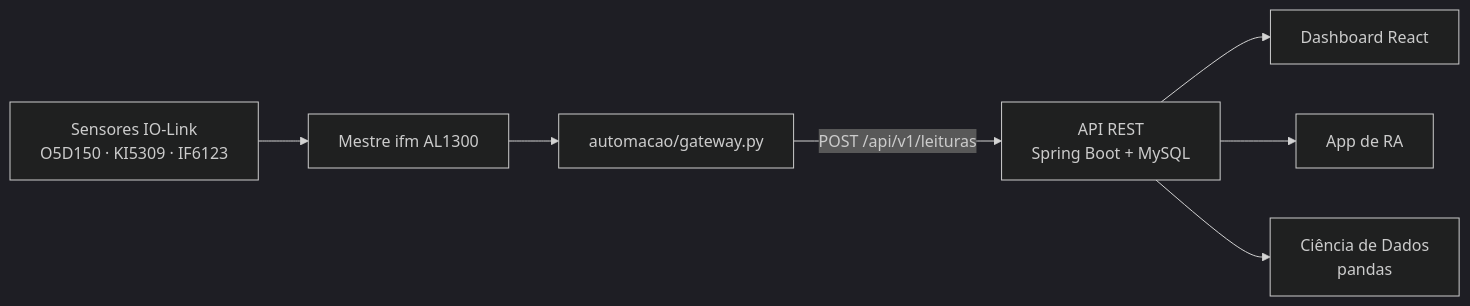
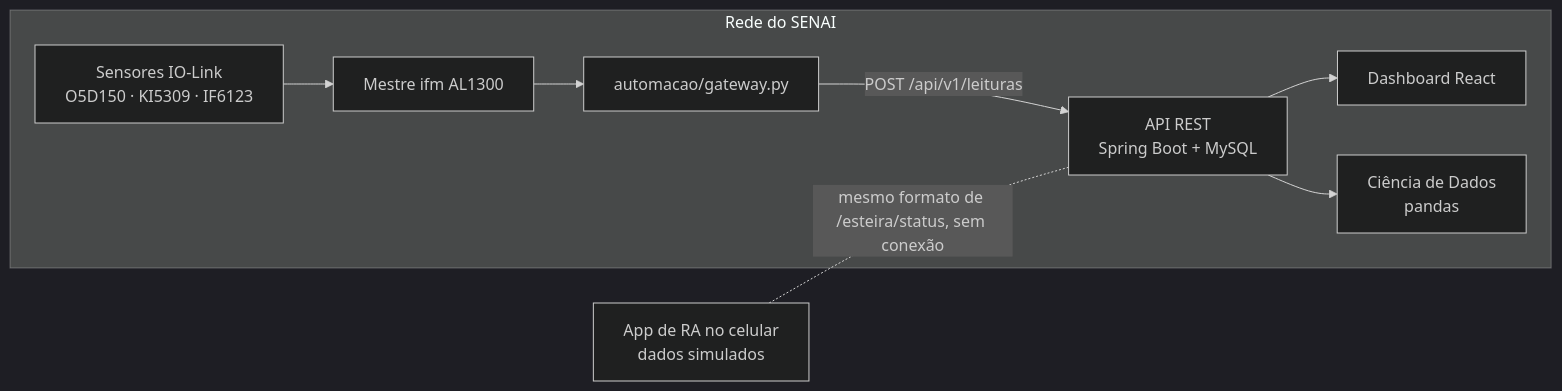
One commit to rafarubia7/manufatura-metaltech changed the diagram in README.md. Above: the diagram before and after it, drawn with Mermaid (dark theme). The commit also changed other lines of this file and 22 other files, not shown here.

````diff
--- a/README.md
+++ b/README.md
@@ -5,9 +15,11 @@
 ```mermaid
 flowchart LR
-    S[Sensores IO-Link<br/>O5D150 · KI5309 · IF6123] --> M[Mestre ifm AL1300]
-    M --> G[automacao/gateway.py]
-    G -->|POST /api/v1/leituras| A[API REST<br/>Spring Boot + MySQL]
-    A --> F[Dashboard React]
-    A --> RA[App de RA]
-    A --> D[Ciência de Dados<br/>pandas]
+    subgraph Rede do SENAI
+        S[Sensores IO-Link<br/>O5D150 · KI5309 · IF6123] --> M[Mestre ifm AL1300]
+        M --> G[automacao/gateway.py]
+        G -->|POST /api/v1/leituras| A[API REST<br/>Spring Boot + MySQL]
+        A --> F[Dashboard React]
+        A --> D[Ciência de Dados<br/>pandas]
+    end
+    RA[App de RA no celular<br/>dados simulados] -.-|"mesmo formato de /esteira/status, sem conexão"| A
 ```
````
